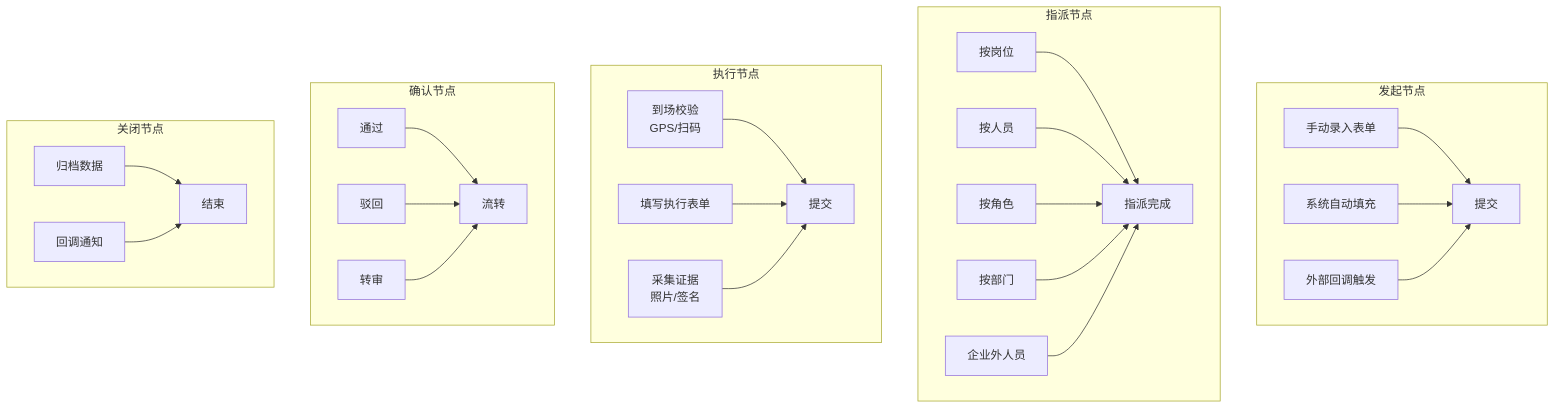
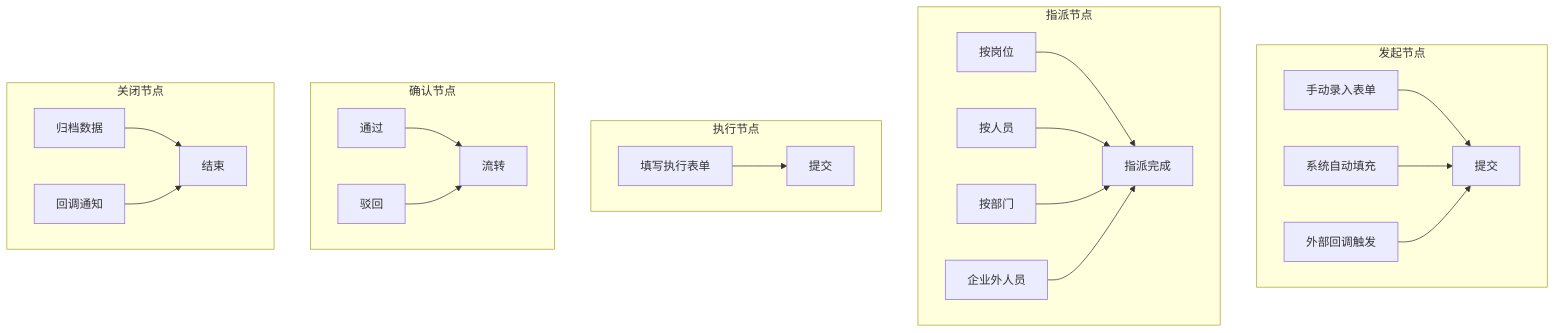
Before and after one commit to LiSunny/SaaS_Demo: the fifth of 6 diagrams in docs/design/工单管理/00-流程编排模块详细设计.md, drawn with Mermaid. The commit also changed other lines of this file and 6 other files, not shown here.

````diff
--- a/docs/design/工单管理/00-流程编排模块详细设计.md
+++ b/docs/design/工单管理/00-流程编排模块详细设计.md
@@ -127,49 +123,41 @@
 ```mermaid
 graph TB
     subgraph 发起节点
         S1[手动录入表单]
         S2[系统自动填充]
         S3[外部回调触发]
         S1 --> S_OUT[提交]
         S2 --> S_OUT
         S3 --> S_OUT
     end
 
     subgraph 指派节点
         A1[按岗位]
         A2[按人员]
-        A3[按角色]
         A4[按部门]
         A5[企业外人员]
         A1 --> A_OUT[指派完成]
         A2 --> A_OUT
-        A3 --> A_OUT
         A4 --> A_OUT
         A5 --> A_OUT
     end
 
     subgraph 执行节点
-        E1[到场校验<br/>GPS/扫码]
         E2[填写执行表单]
-        E3[采集证据<br/>照片/签名]
-        E1 --> E_OUT[提交]
-        E2 --> E_OUT
-        E3 --> E_OUT
+        E2 --> E_OUT[提交]
     end
 
     subgraph 确认节点
         C1[通过]
         C2[驳回]
-        C3[转审]
         C1 --> C_OUT[流转]
         C2 --> C_OUT
-        C3 --> C_OUT
     end
 
     subgraph 关闭节点
         CL1[归档数据]
         CL2[回调通知]
         CL1 --> CL_OUT[结束]
         CL2 --> CL_OUT
     end
 ```
````
